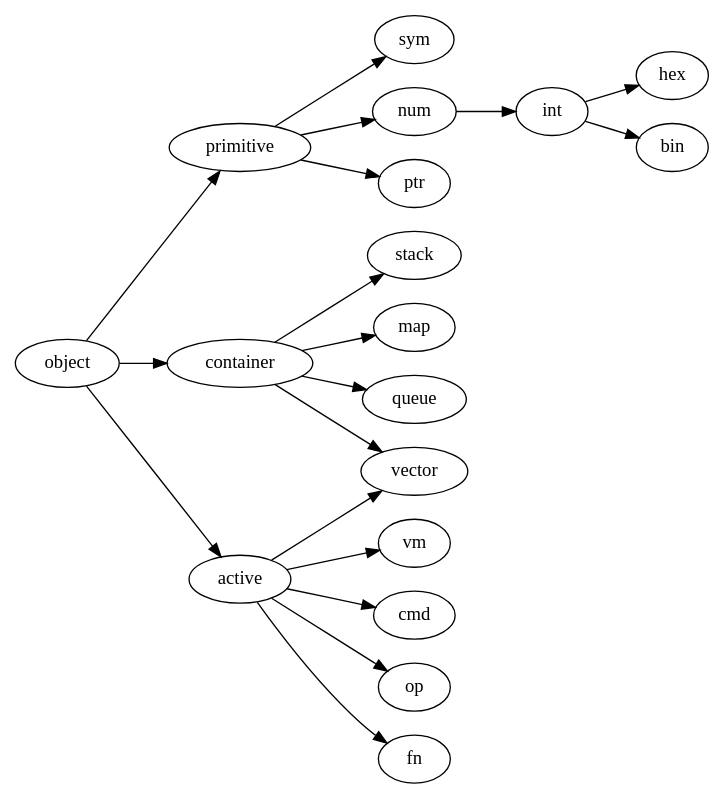
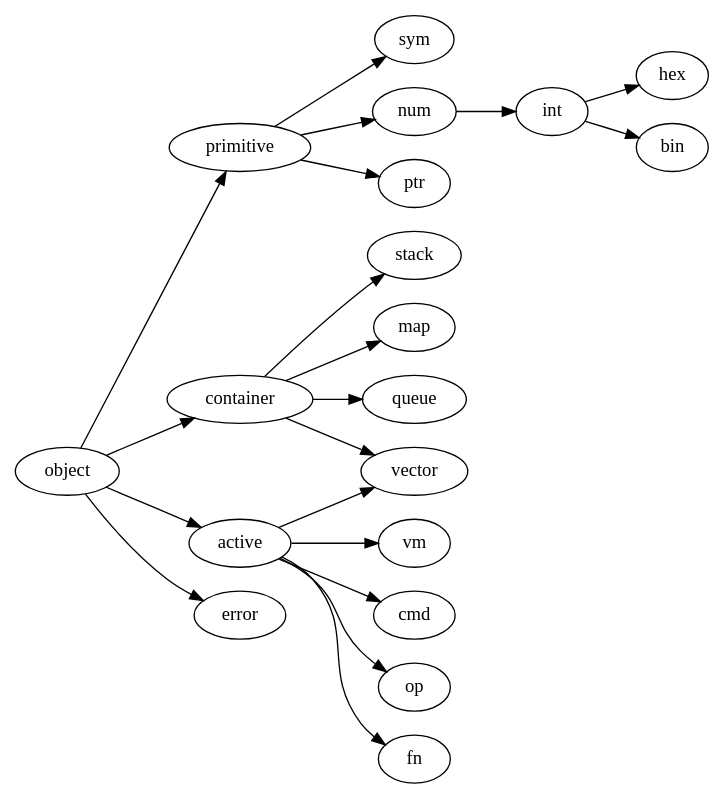
One commit to ponyatov/PPS changed the diagram in docs/YAPL.dot. Above: the diagram before and after it, drawn with Graphviz. The commit also changed 1 other file, not shown here.

Commit message:
+ error catching

```diff
--- a/docs/YAPL.dot
+++ b/docs/YAPL.dot
@@ -1,22 +1,24 @@
 digraph G {
     
     rankdir=LR;
 
 object -> primitive -> sym;
 primitive -> num -> int -> hex;
 int -> bin;
 primitive -> ptr;
 
 object -> container -> stack;
 container -> map;
 container -> vector;
 container -> queue;
 
 object -> active -> vm;
 active -> cmd;
 active -> op;
 active -> fn;
 
 active -> vector;
 
+object -> error;
+
 }
```
